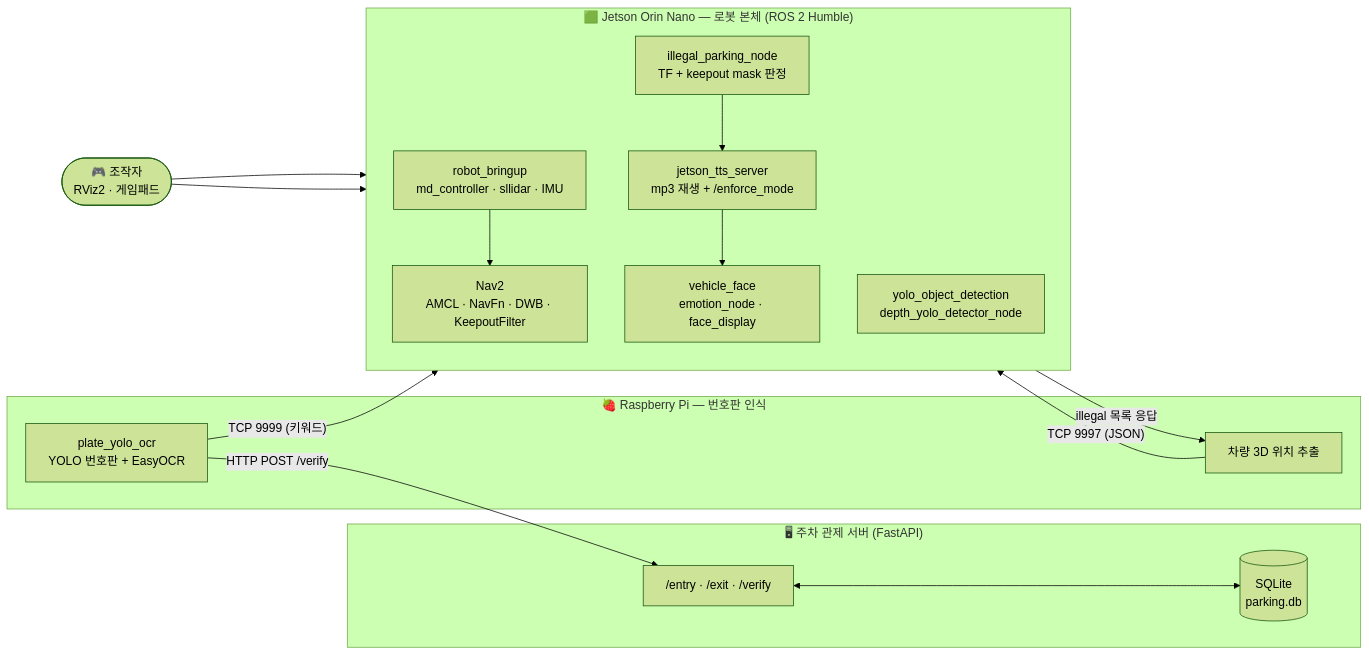
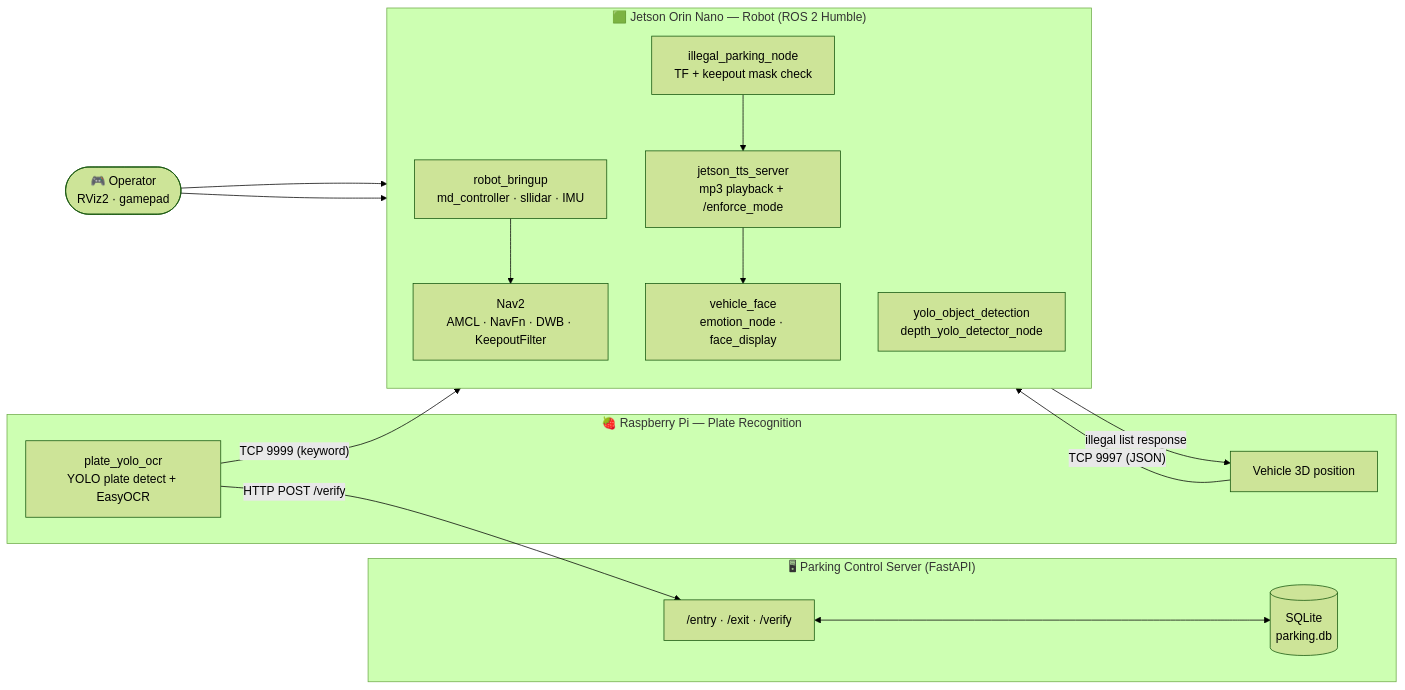
Before and after one commit to OMZcapstone/omz_ws: the first of 3 diagrams in README.md, drawn with Mermaid (forest theme). The commit also changed other lines of this file and 2 other files, not shown here.

````diff
--- a/README.md
+++ b/README.md
@@ -68,33 +72,33 @@
 ```mermaid
 flowchart LR
-    subgraph PI["🍓 Raspberry Pi — 번호판 인식"]
-        P1["plate_yolo_ocr<br/>YOLO 번호판 + EasyOCR"]
-        P2["차량 3D 위치 추출"]
+    subgraph PI["🍓 Raspberry Pi — Plate Recognition"]
+        P1["plate_yolo_ocr<br/>YOLO plate detect + EasyOCR"]
+        P2["Vehicle 3D position"]
     end
 
-    subgraph SRV["🖥 주차 관제 서버 (FastAPI)"]
+    subgraph SRV["🖥 Parking Control Server (FastAPI)"]
         S1["/entry · /exit · /verify"]
         S2[("SQLite<br/>parking.db")]
         S1 <--> S2
     end
 
-    subgraph JET["🟩 Jetson Orin Nano — 로봇 본체 (ROS 2 Humble)"]
+    subgraph JET["🟩 Jetson Orin Nano — Robot (ROS 2 Humble)"]
         direction TB
         B1["robot_bringup<br/>md_controller · sllidar · IMU"]
         B2["Nav2<br/>AMCL · NavFn · DWB · KeepoutFilter"]
         B3["yolo_object_detection<br/>depth_yolo_detector_node"]
-        B4["illegal_parking_node<br/>TF + keepout mask 판정"]
-        B5["jetson_tts_server<br/>mp3 재생 + /enforce_mode"]
+        B4["illegal_parking_node<br/>TF + keepout mask check"]
+        B5["jetson_tts_server<br/>mp3 playback + /enforce_mode"]
         B6["vehicle_face<br/>emotion_node · face_display"]
         B1 --> B2
         B4 --> B5 --> B6
     end
 
     P1 -- "HTTP POST /verify" --> S1
     P2 -- "TCP 9997 (JSON)" --> B4
-    B4 -- "illegal 목록 응답" --> P2
-    P1 -- "TCP 9999 (키워드)" --> B5
+    B4 -- "illegal list response" --> P2
+    P1 -- "TCP 9999 (keyword)" --> B5
 
-    OP(["🎮 조작자<br/>RViz2 · 게임패드"]) --> B2
+    OP(["🎮 Operator<br/>RViz2 · gamepad"]) --> B2
     OP --> B1
 ```
````
